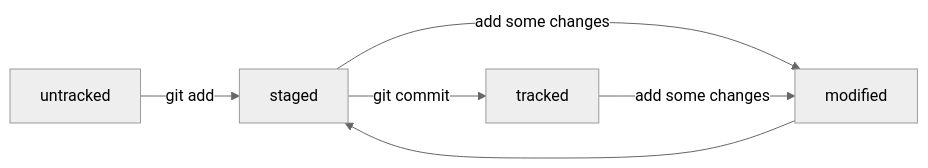
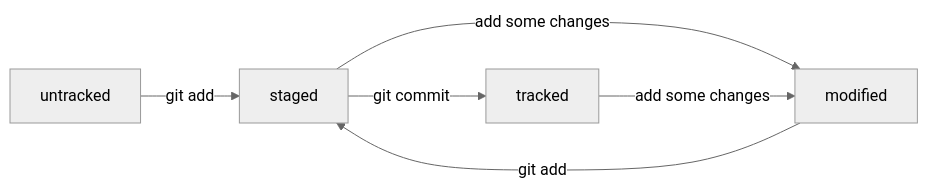
Before and after one commit to alantnv/git-cheat-sheet: the diagram in README.md, drawn with Mermaid (neutral theme).

Commit message:
Дополнить схему mermaid

````diff
--- a/README.md
+++ b/README.md
@@ -107,8 +107,8 @@
 ```mermaid
 graph LR;
   untracked --"git add" --> staged;
   staged -- "git commit" --> tracked;
   staged --"add some changes" --> modified;
   tracked --"add some changes" --> modified;
-  modified --> staged;
+  modified -- "git add" --> staged;
 ```
````
